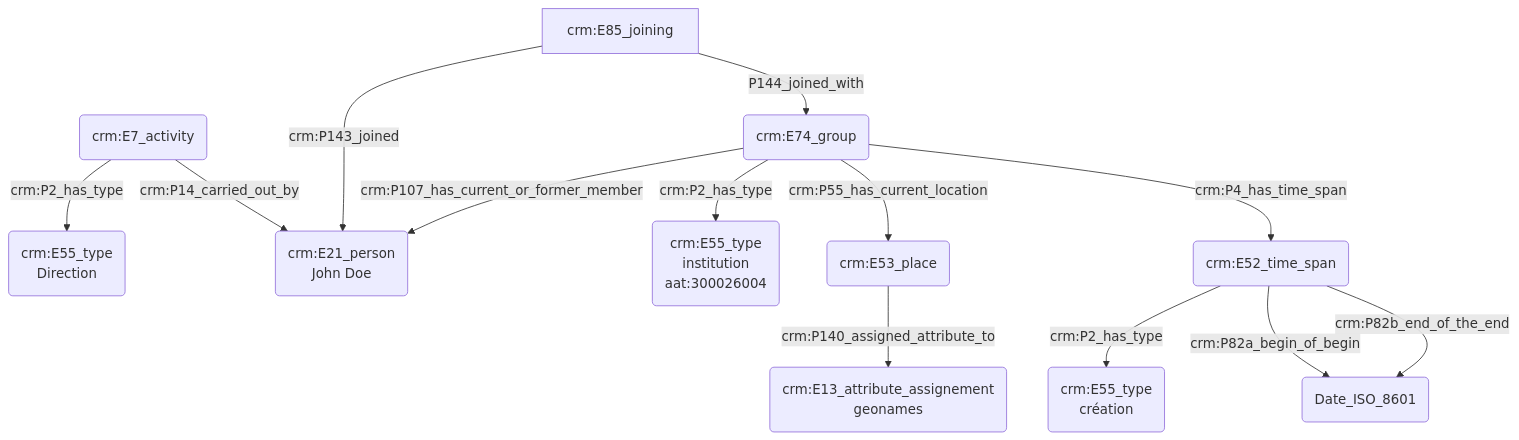
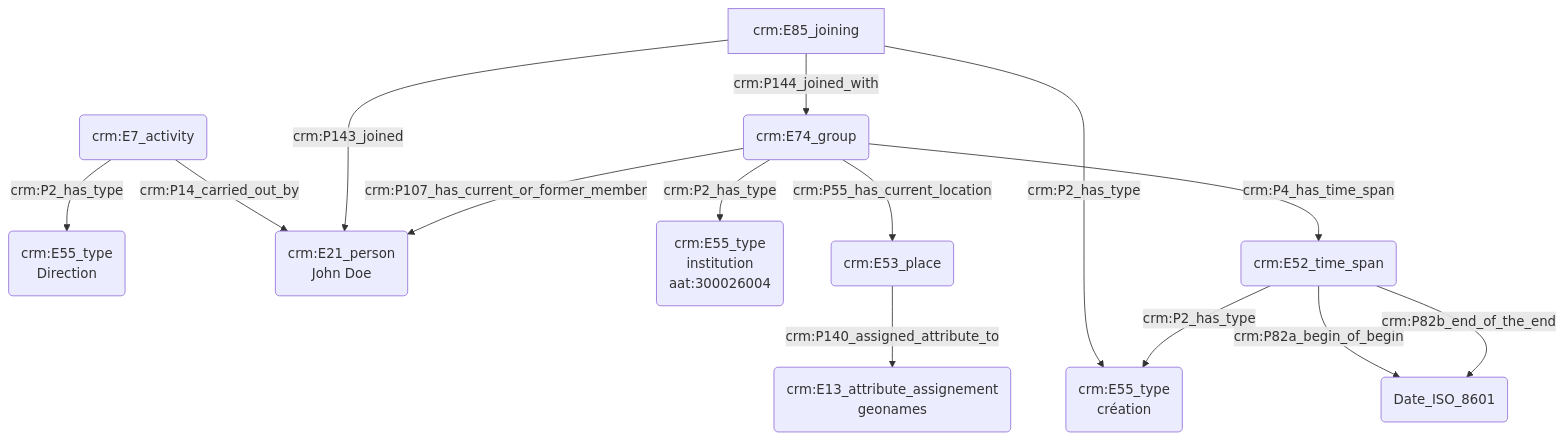
The diagram in modules/livrables/Dossier 2/Prosopographie/statut ou rôle au sein d'une institution.md (Amleth/consortium-musica2-gt2-ontologies), drawn with Mermaid before and after one commit.

Commit message:
Update statut ou rôle au sein d'une institution.md

````diff
--- a/modules/livrables/Dossier 2/Prosopographie/statut ou rôle au sein d'une institution.md
+++ b/modules/livrables/Dossier 2/Prosopographie/statut ou rôle au sein d'une institution.md
@@ -11,19 +11,20 @@
 ```mermaid
 graph TD;
 
 H(crm:E7_activity) --> |crm:P2_has_type| I(crm:E55_type<br>Direction)
 H(crm:E7_activity) --> |crm:P14_carried_out_by| K(crm:E21_person<br>John Doe)
 
 L[crm:E85_joining] -->|crm:P143_joined| K(crm:E21_person<br>John Doe)
 M(crm:E74_group) --> |crm:P107_has_current_or_former_member| K(crm:E21_person<br>John Doe)
-L[crm:E85_joining] --> |P144_joined_with| M(crm:E74_group)
+L[crm:E85_joining] --> |crm:P144_joined_with| M(crm:E74_group)
+L[crm:E85_joining] --> |crm:P2_has_type| T(crm:E55_type)
 
 M(crm:E74_group) -->|crm:P2_has_type| N(crm:E55_type<br>institution<br>aat:300026004)
 M(crm:E74_group) -->|crm:P55_has_current_location| O(crm:E53_place)
 O(crm:E53_place) -->|crm:P140_assigned_attribute_to| P(crm:E13_attribute_assignement<br>geonames)
 M(crm:E74_group) -->|crm:P4_has_time_span| R(crm:E52_time_span)
 R(crm:E52_time_span) -->|crm:P2_has_type| T(crm:E55_type<br>création)
 R(crm:E52_time_span) -->|crm:P82a_begin_of_begin| S(Date_ISO_8601)
 R(crm:E52_time_span) -->|crm:P82b_end_of_the_end| S(Date_ISO_8601)
 
 ```
````
